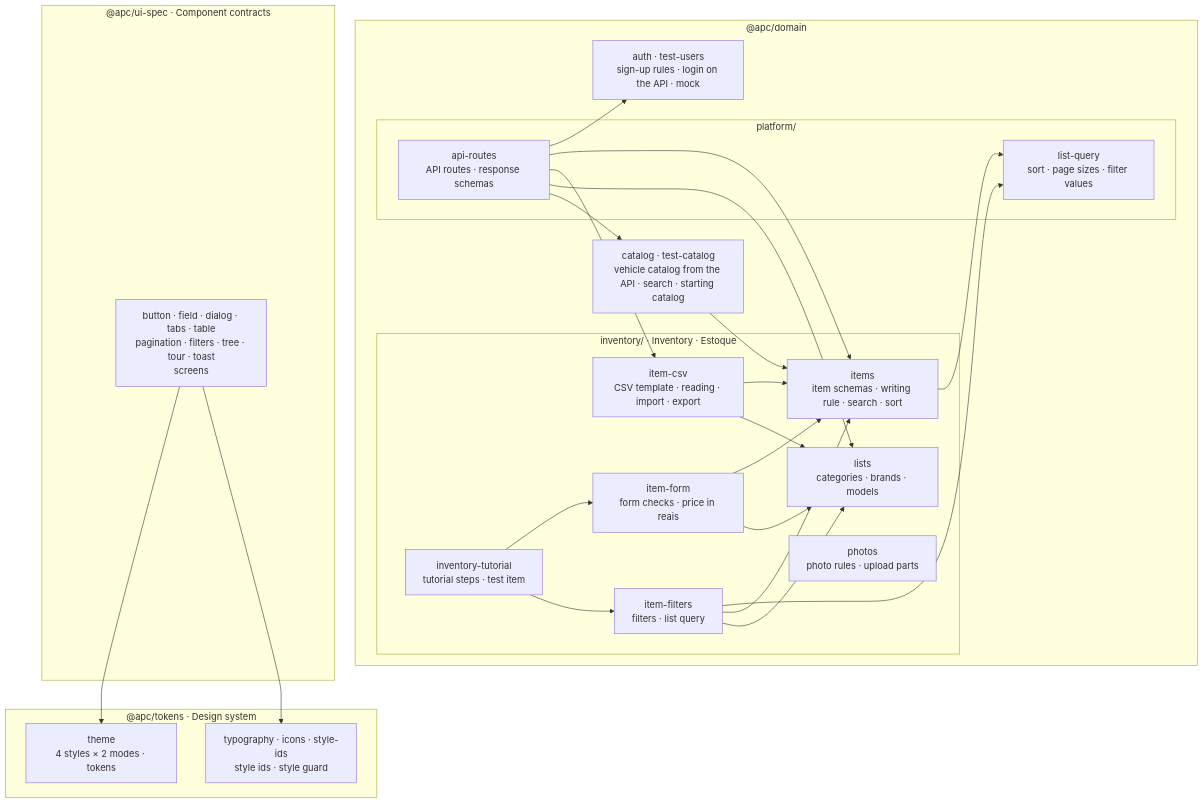
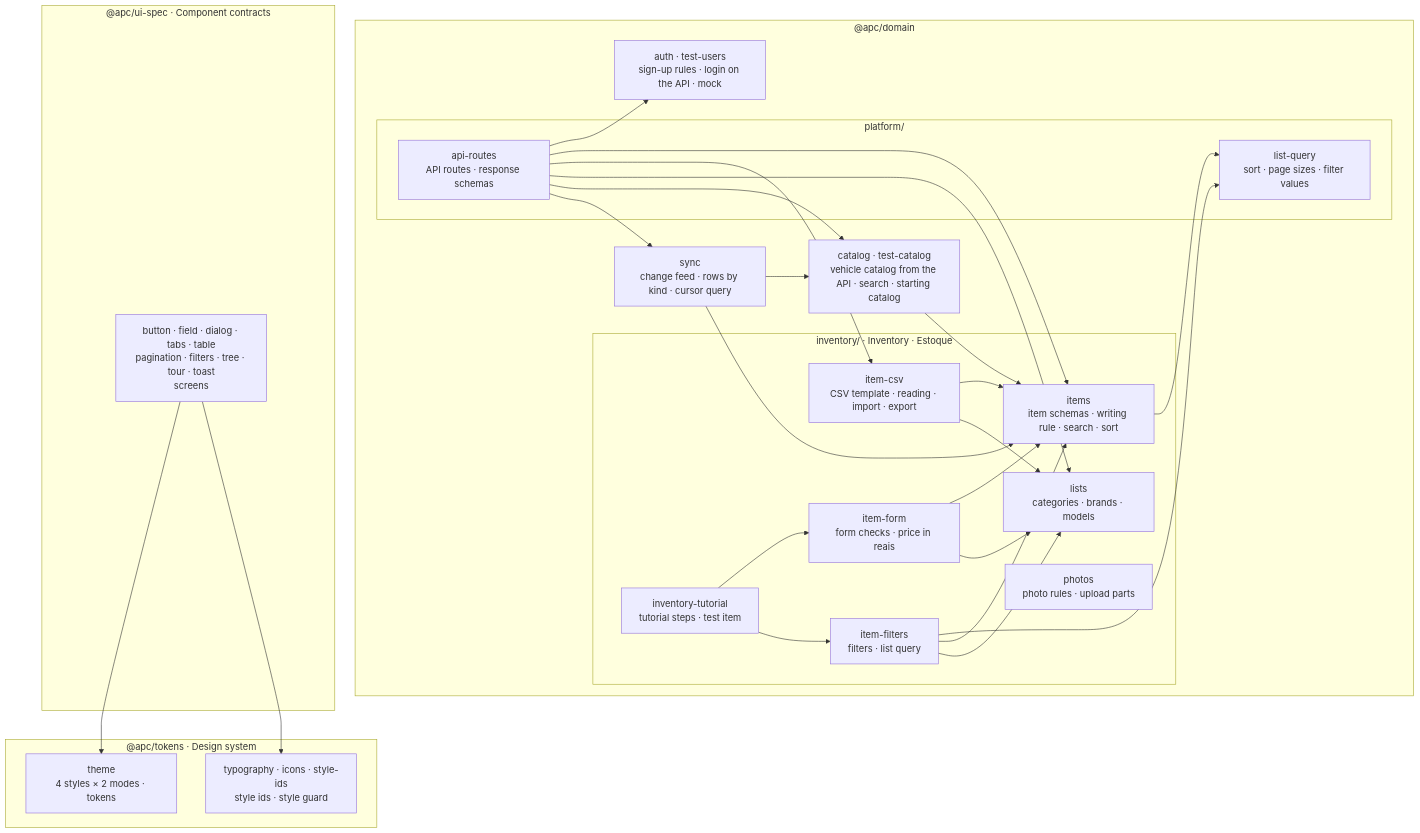
The second of 9 diagrams in docs/architecture.md (ChrisCamilo/apc-universal-repair), drawn with Mermaid before and after one commit. The commit also changed other lines of this file and 1 other file, not shown here.

Commit message:
docs: Describe the change feed in the database and architecture docs

````diff
--- a/docs/architecture.md
+++ b/docs/architecture.md
@@ -53,45 +53,49 @@
 ```mermaid
 flowchart TB
     subgraph domain["@apc/domain"]
         subgraph inventory["inventory/ · Inventory · Estoque"]
             items["items<br/>item schemas · writing rule · search · sort"]
             itemForm["item-form<br/>form checks · price in reais"]
             itemFilters["item-filters<br/>filters · list query"]
             itemCsv["item-csv<br/>CSV template · reading · import · export"]
             lists["lists<br/>categories · brands · models"]
             photos["photos<br/>photo rules · upload parts"]
             tutorial["inventory-tutorial<br/>tutorial steps · test item"]
         end
         auth["auth · test-users<br/>sign-up rules · login on the API · mock"]
         catalog["catalog · test-catalog<br/>vehicle catalog from the API · search · starting catalog"]
+        sync["sync<br/>change feed · rows by kind · cursor query"]
         subgraph platform["platform/"]
             apiRoutes["api-routes<br/>API routes · response schemas"]
             listQuery["list-query<br/>sort · page sizes · filter values"]
         end
     end
     subgraph tokensPackage["@apc/tokens · Design system"]
         theme["theme<br/>4 styles × 2 modes · tokens"]
         styling["typography · icons · style-ids<br/>style ids · style guard"]
     end
     subgraph uiSpec["@apc/ui-spec · Component contracts"]
         rest["button · field · dialog · tabs · table<br/>pagination · filters · tree · tour · toast<br/>screens"]
     end
     rest --> theme
     rest --> styling
     items --> listQuery
     itemFilters --> listQuery
     itemForm --> items
     itemFilters --> items
     itemCsv --> items
     itemForm --> lists
     itemFilters --> lists
     itemCsv --> lists
     catalog --> items
     tutorial --> itemForm
     tutorial --> itemFilters
     apiRoutes --> auth
     apiRoutes --> items
     apiRoutes --> itemCsv
     apiRoutes --> lists
     apiRoutes --> catalog
+    apiRoutes --> sync
+    sync --> items
+    sync --> catalog
 ```
````
